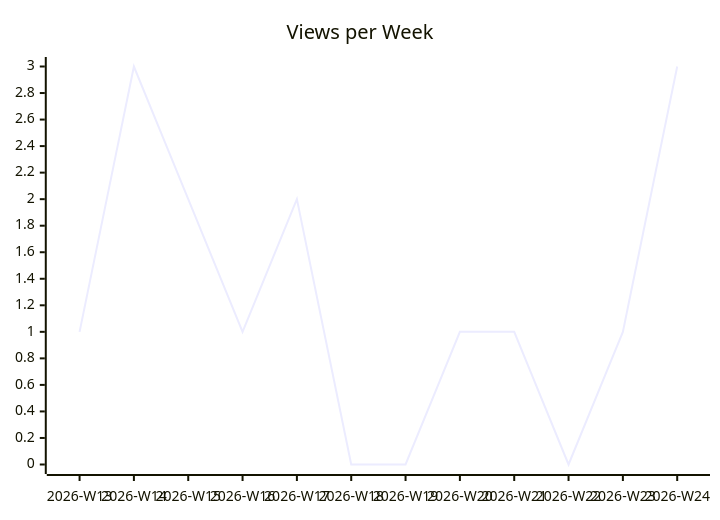
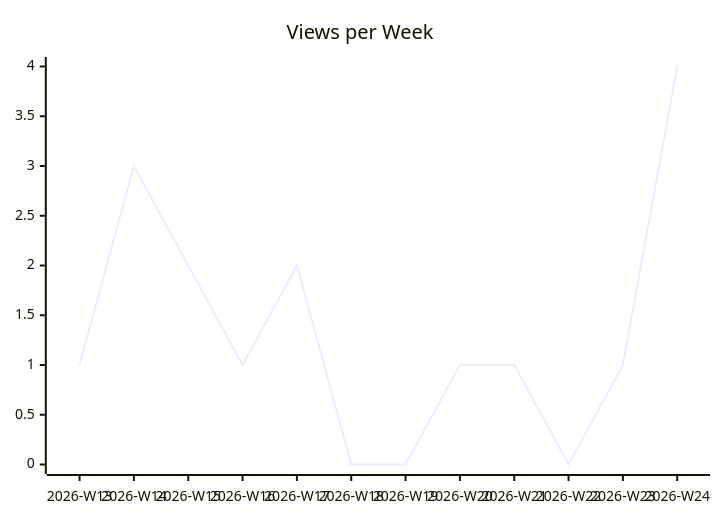
The second of 3 diagrams in karlmdavis/fhir-benchmarks/README.md (justdavis-family/github-analytics-data), drawn with Mermaid before and after one commit. The commit also changed other lines of this file and 195 other files, not shown here.

````diff
--- a/karlmdavis/fhir-benchmarks/README.md
+++ b/karlmdavis/fhir-benchmarks/README.md
@@ -12,6 +12,6 @@
 ```mermaid
 xychart-beta
   title "Views per Week"
   x-axis ["2026-W13", "2026-W14", "2026-W15", "2026-W16", "2026-W17", "2026-W18", "2026-W19", "2026-W20", "2026-W21", "2026-W22", "2026-W23", "2026-W24"]
-  line [1, 3, 2, 1, 2, 0, 0, 1, 1, 0, 1, 3]
+  line [1, 3, 2, 1, 2, 0, 0, 1, 1, 0, 1, 4]
 ```
````
